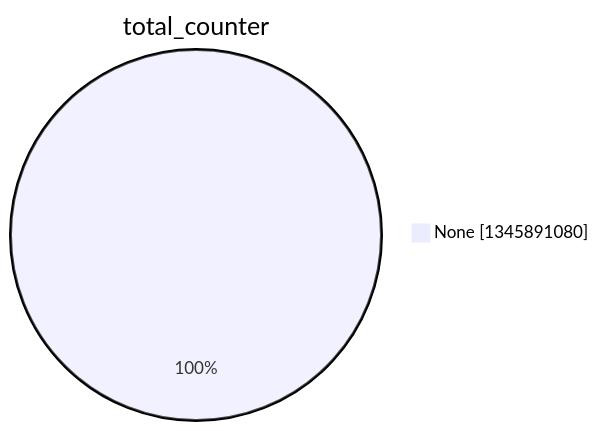
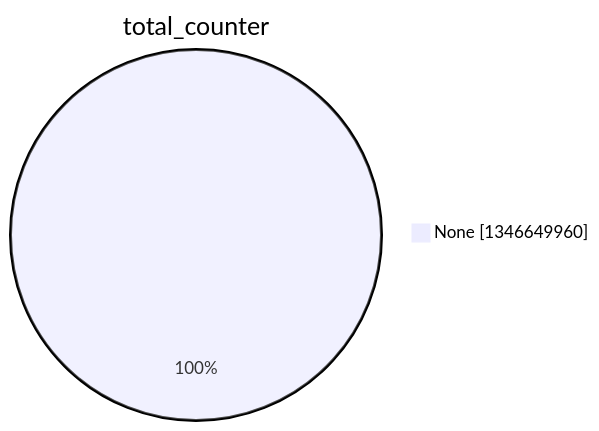
The second of 15 diagrams in argon2022/README.md (christiankrug/ctmonitor_visualization), drawn with Mermaid before and after one commit. The commit also changed other lines of this file, not shown here.

````diff
--- a/argon2022/README.md
+++ b/argon2022/README.md
@@ -9,5 +9,5 @@
 ```mermaid
 pie showData
 title total_counter
-"None" :1345891080
+"None" :1346649960
 ```
````
